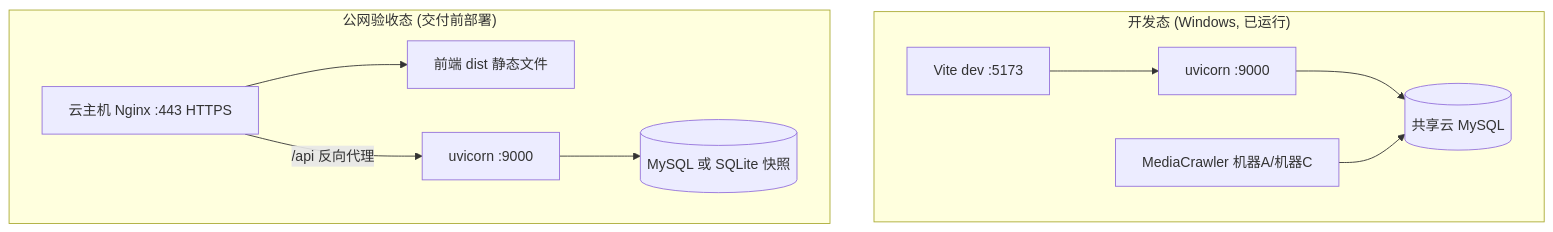
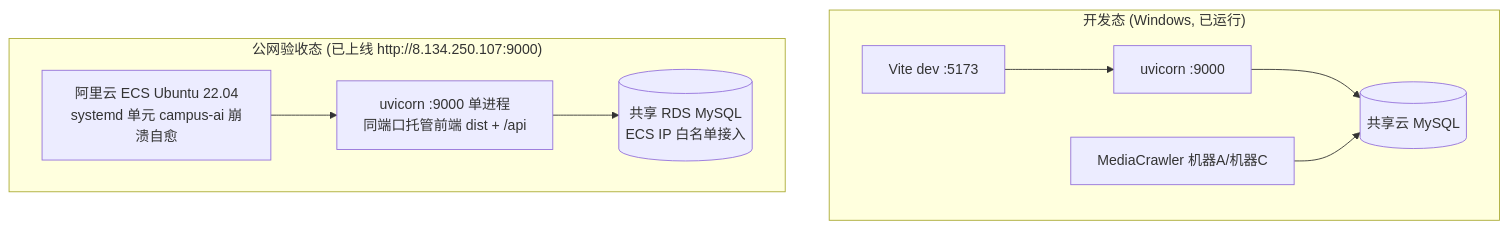
Before and after one commit to begger2025/campus-ai-agent: the sixth of 6 diagrams in docs/coursework/03-架构设计文档.md, drawn with Mermaid. The commit also changed other lines of this file and 9 other files, not shown here.

````diff
--- a/docs/coursework/03-架构设计文档.md
+++ b/docs/coursework/03-架构设计文档.md
@@ -320,13 +320,12 @@
 ```mermaid
 flowchart TB
     subgraph dev["开发态 (Windows, 已运行)"]
         d1[Vite dev :5173] --> d2[uvicorn :9000]
         d2 --> d3[(共享云 MySQL)]
         d4[MediaCrawler 机器A/机器C] --> d3
     end
-    subgraph prod["公网验收态 (交付前部署)"]
-        n1[云主机 Nginx :443 HTTPS] --> n2[前端 dist 静态文件]
-        n1 -->|/api 反向代理| n3[uvicorn :9000]
-        n3 --> n4[(MySQL 或 SQLite 快照)]
+    subgraph prod["公网验收态 (已上线 http://8.134.250.107:9000)"]
+        n1[阿里云 ECS Ubuntu 22.04<br/>systemd 单元 campus-ai 崩溃自愈] --> n3[uvicorn :9000 单进程<br/>同端口托管前端 dist + /api]
+        n3 --> n4[(共享 RDS MySQL<br/>ECS IP 白名单接入)]
     end
 ```
````
